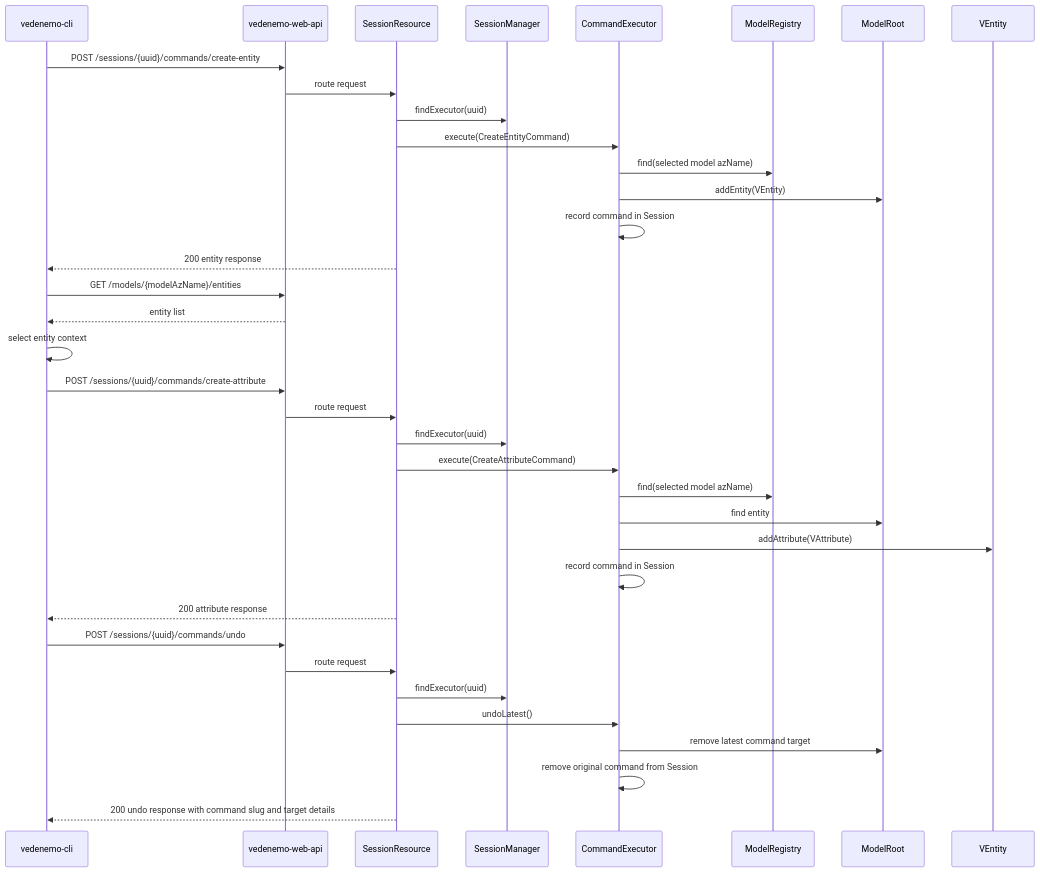
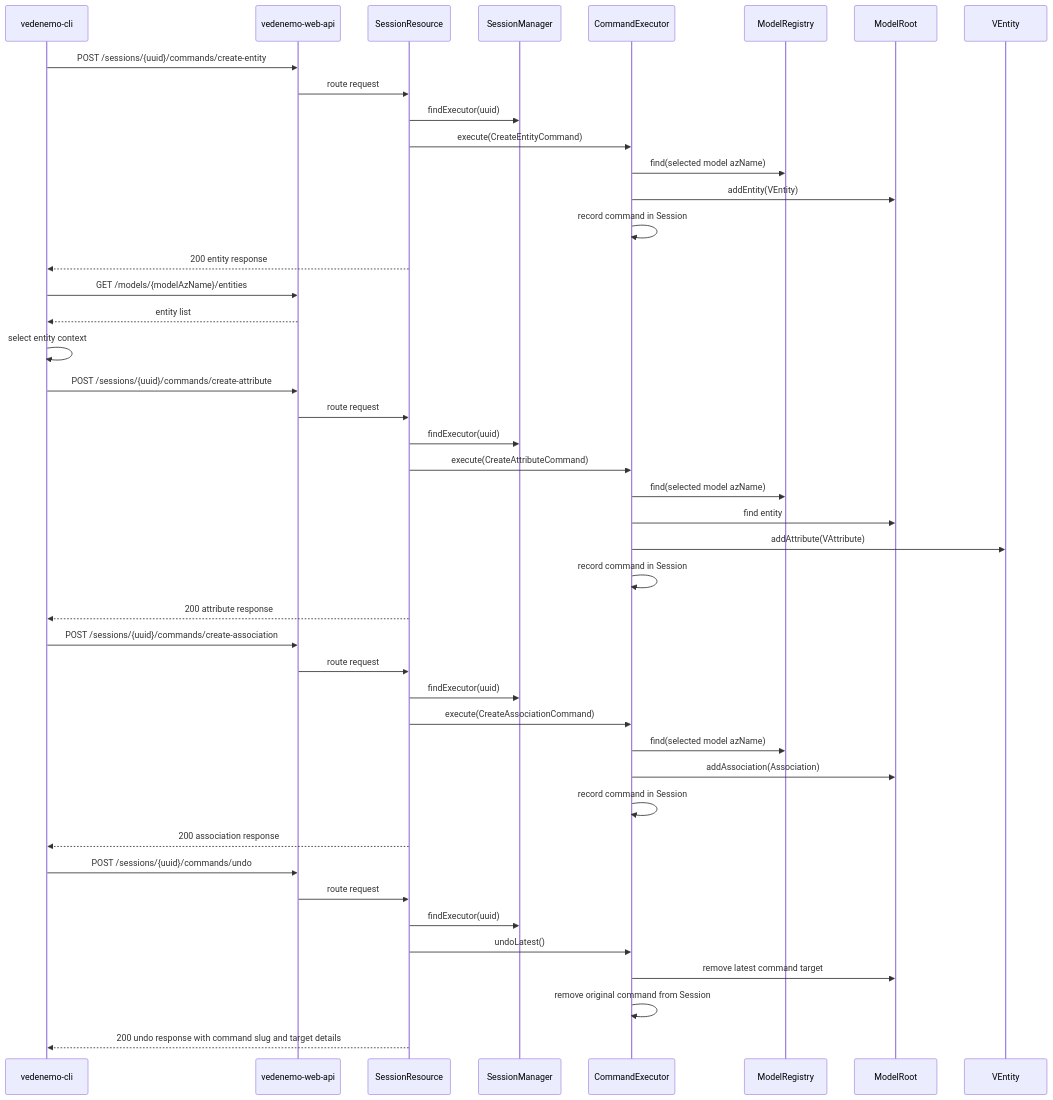
Before and after one commit to VedenemoDev/VedenemoMonorepo: the sixth of 8 diagrams in docs/architecture_doc.md, drawn with Mermaid. The commit also changed other lines of this file and 41 other files, not shown here.

````diff
--- a/docs/architecture_doc.md
+++ b/docs/architecture_doc.md
@@ -535,42 +562,51 @@
 ```mermaid
 sequenceDiagram
     participant CLI as vedenemo-cli
     participant API as vedenemo-web-api
     participant Sessions as SessionResource
     participant Manager as SessionManager
     participant Executor as CommandExecutor
     participant Registry as ModelRegistry
     participant Model as ModelRoot
     participant Entity as VEntity
 
     CLI->>API: POST /sessions/{uuid}/commands/create-entity
     API->>Sessions: route request
     Sessions->>Manager: findExecutor(uuid)
     Sessions->>Executor: execute(CreateEntityCommand)
     Executor->>Registry: find(selected model azName)
     Executor->>Model: addEntity(VEntity)
     Executor->>Executor: record command in Session
     Sessions-->>CLI: 200 entity response
 
     CLI->>API: GET /models/{modelAzName}/entities
     API-->>CLI: entity list
     CLI->>CLI: select entity context
 
     CLI->>API: POST /sessions/{uuid}/commands/create-attribute
     API->>Sessions: route request
     Sessions->>Manager: findExecutor(uuid)
     Sessions->>Executor: execute(CreateAttributeCommand)
     Executor->>Registry: find(selected model azName)
     Executor->>Model: find entity
     Executor->>Entity: addAttribute(VAttribute)
     Executor->>Executor: record command in Session
     Sessions-->>CLI: 200 attribute response
 
+    CLI->>API: POST /sessions/{uuid}/commands/create-association
+    API->>Sessions: route request
+    Sessions->>Manager: findExecutor(uuid)
+    Sessions->>Executor: execute(CreateAssociationCommand)
+    Executor->>Registry: find(selected model azName)
+    Executor->>Model: addAssociation(Association)
+    Executor->>Executor: record command in Session
+    Sessions-->>CLI: 200 association response
+
     CLI->>API: POST /sessions/{uuid}/commands/undo
     API->>Sessions: route request
     Sessions->>Manager: findExecutor(uuid)
     Sessions->>Executor: undoLatest()
     Executor->>Model: remove latest command target
     Executor->>Executor: remove original command from Session
     Sessions-->>CLI: 200 undo response with command slug and target details
 ```
````
